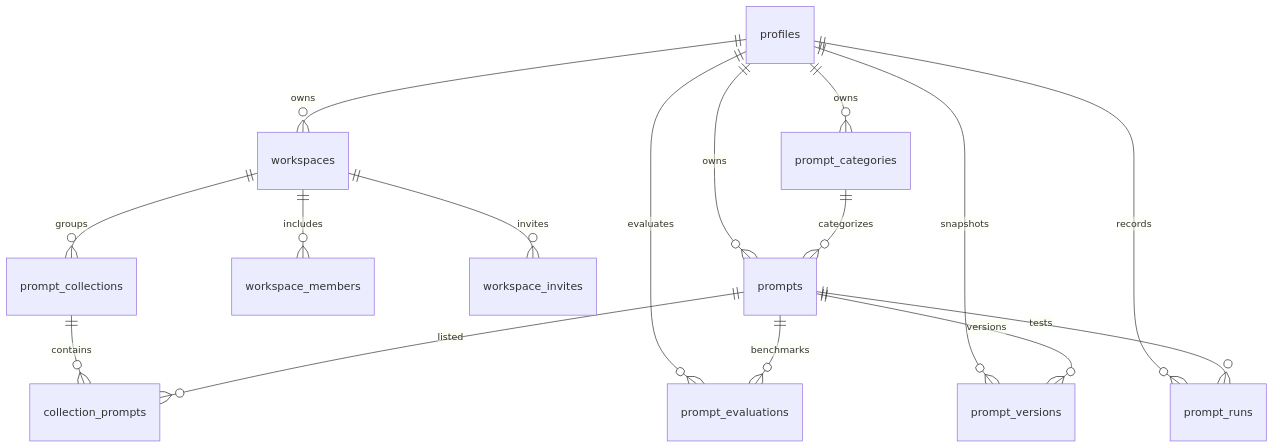
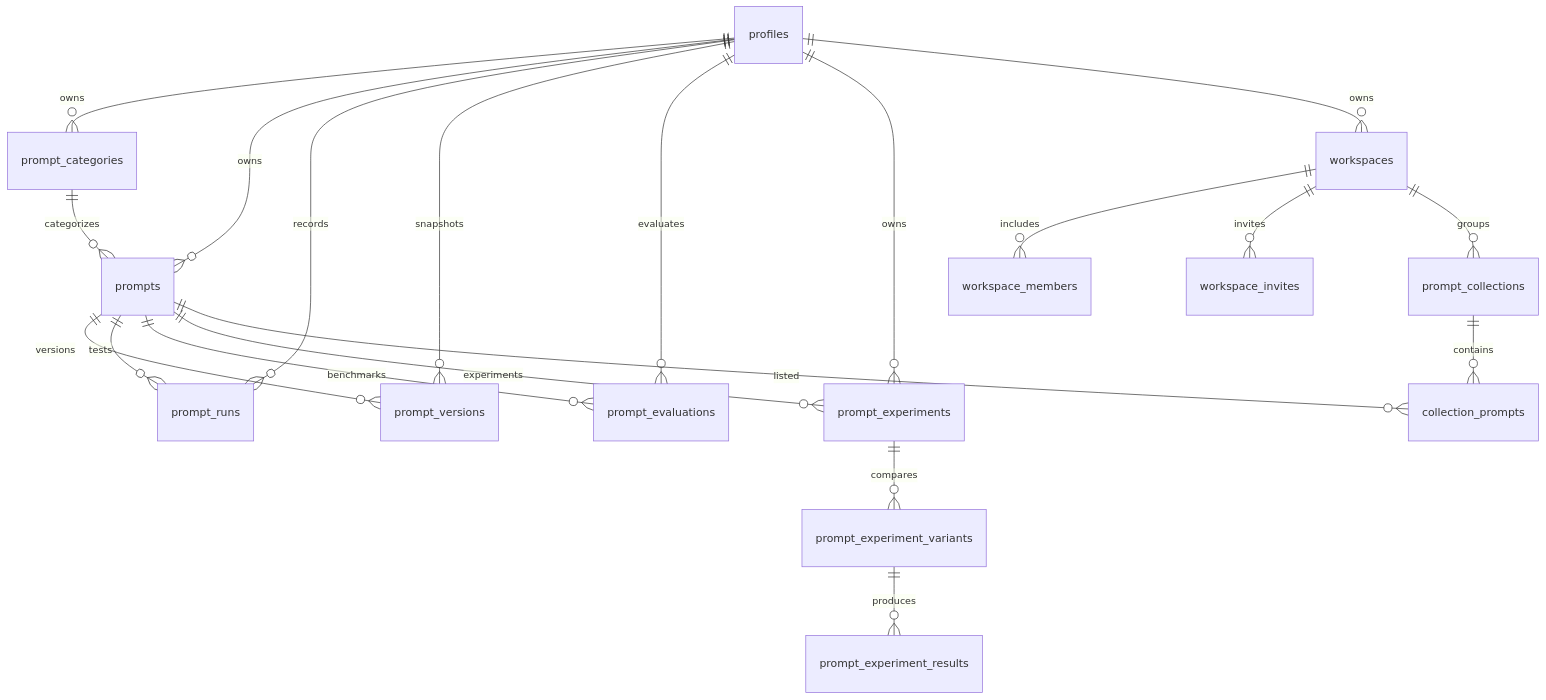
The third of 4 diagrams in docs/ARCHITECTURE.md (obone410/AI-Prompt-Management-Platform), drawn with Mermaid before and after one commit. The commit also changed other lines of this file and 15 other files, not shown here.

````diff
--- a/docs/ARCHITECTURE.md
+++ b/docs/ARCHITECTURE.md
@@ -59,18 +63,22 @@
 ```mermaid
 erDiagram
   profiles ||--o{ prompt_categories : owns
   profiles ||--o{ prompts : owns
   profiles ||--o{ prompt_runs : records
   profiles ||--o{ prompt_versions : snapshots
   profiles ||--o{ prompt_evaluations : evaluates
+  profiles ||--o{ prompt_experiments : owns
   profiles ||--o{ workspaces : owns
   workspaces ||--o{ workspace_members : includes
   workspaces ||--o{ workspace_invites : invites
   workspaces ||--o{ prompt_collections : groups
   prompt_categories ||--o{ prompts : categorizes
   prompts ||--o{ prompt_versions : versions
   prompts ||--o{ prompt_runs : tests
   prompts ||--o{ prompt_evaluations : benchmarks
+  prompts ||--o{ prompt_experiments : experiments
+  prompt_experiments ||--o{ prompt_experiment_variants : compares
+  prompt_experiment_variants ||--o{ prompt_experiment_results : produces
   prompt_collections ||--o{ collection_prompts : contains
   prompts ||--o{ collection_prompts : listed
 ```
````
